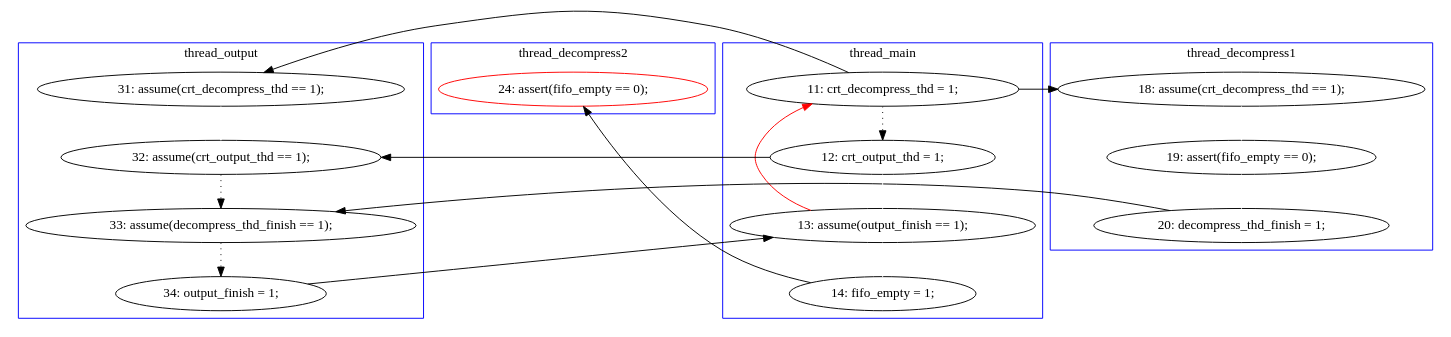
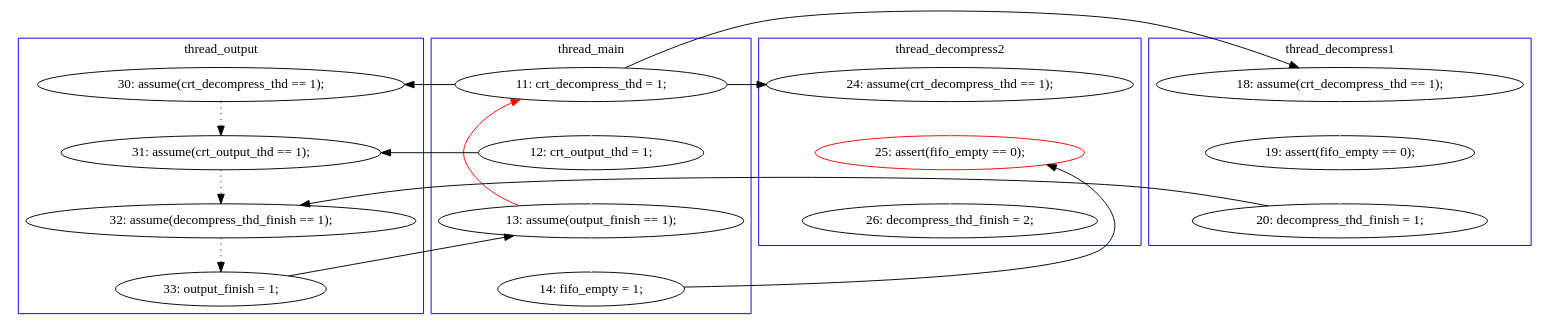
The diagram in pbzip2.mixed/B-1-graph-sol-4.dot (hylhp/cav14-model), drawn with Graphviz before and after one commit. The commit also changed 23 other files, not shown here.

```diff
--- a/pbzip2.mixed/B-1-graph-sol-4.dot
+++ b/pbzip2.mixed/B-1-graph-sol-4.dot
@@ -1,45 +1,50 @@
 digraph Counterexample {
-	12 -> 14 [color = white, style = solid]
-	20 -> 23 [color = black, style = solid, constraint = false]
-	25 -> 32 [color = black, style = solid, constraint = false]
-	16 -> 17 [color = white, style = solid]
-	9 -> 10 [color = black, style = dotted]
+	25 -> 28 [color = white, style = solid]
+	20 -> 21 [color = black, style = solid, constraint = false]
+	12 -> 17 [color = black, style = solid, constraint = false]
+	9 -> 11 [color = black, style = solid, constraint = false]
+	16 -> 18 [color = white, style = solid]
+	14 -> 16 [color = white, style = solid]
+	11 -> 17 [color = black, style = dotted]
 	19 -> 20 [color = black, style = dotted]
-	23 -> 9 [color = red, style = solid, constraint = false]
-	15 -> 16 [color = white, style = solid]
+	9 -> 12 [color = white, style = solid]
+	21 -> 22 [color = white, style = solid]
+	9 -> 14 [color = black, style = solid, constraint = false]
 	23 -> 25 [color = white, style = solid]
-	17 -> 19 [color = black, style = solid, constraint = false]
-	10 -> 23 [color = white, style = solid]
-	9 -> 12 [color = black, style = solid, constraint = false]
-	10 -> 14 [color = black, style = solid, constraint = false]
-	14 -> 19 [color = black, style = dotted]
-	9 -> 15 [color = black, style = solid, constraint = false]
+	9 -> 23 [color = black, style = solid, constraint = false]
+	12 -> 21 [color = white, style = solid]
+	22 -> 25 [color = black, style = solid, constraint = false]
+	18 -> 19 [color = black, style = solid, constraint = false]
+	21 -> 9 [color = red, style = solid, constraint = false]
+	17 -> 19 [color = black, style = dotted]
+	subgraph cluster2 {
+		label = thread_decompress1
+		color = blue
+		18  [label = "20: decompress_thd_finish = 1;"]
+		14  [label = "18: assume(crt_decompress_thd == 1);"]
+		16  [label = "19: assert(fifo_empty == 0);"]
+	}
 	subgraph cluster3 {
 		label = thread_decompress2
 		color = blue
-		32  [label = "24: assert(fifo_empty == 0);", color = red]
+		23  [label = "24: assume(crt_decompress_thd == 1);"]
+		25  [label = "25: assert(fifo_empty == 0);", color = red]
+		28  [label = "26: decompress_thd_finish = 2;"]
+	}
+	subgraph cluster4 {
+		label = thread_output
+		color = blue
+		19  [label = "32: assume(decompress_thd_finish == 1);"]
+		17  [label = "31: assume(crt_output_thd == 1);"]
+		11  [label = "30: assume(crt_decompress_thd == 1);"]
+		20  [label = "33: output_finish = 1;"]
 	}
 	subgraph cluster1 {
 		label = thread_main
 		color = blue
-		23  [label = "13: assume(output_finish == 1);"]
+		21  [label = "13: assume(output_finish == 1);"]
+		22  [label = "14: fifo_empty = 1;"]
 		9  [label = "11: crt_decompress_thd = 1;"]
-		10  [label = "12: crt_output_thd = 1;"]
-		25  [label = "14: fifo_empty = 1;"]
-	}
-	subgraph cluster2 {
-		label = thread_decompress1
-		color = blue
-		15  [label = "18: assume(crt_decompress_thd == 1);"]
-		16  [label = "19: assert(fifo_empty == 0);"]
-		17  [label = "20: decompress_thd_finish = 1;"]
-	}
-	subgraph cluster4 {
-		label = thread_output
-		color = blue
-		14  [label = "32: assume(crt_output_thd == 1);"]
-		19  [label = "33: assume(decompress_thd_finish == 1);"]
-		20  [label = "34: output_finish = 1;"]
-		12  [label = "31: assume(crt_decompress_thd == 1);"]
+		12  [label = "12: crt_output_thd = 1;"]
 	}
 }
```
